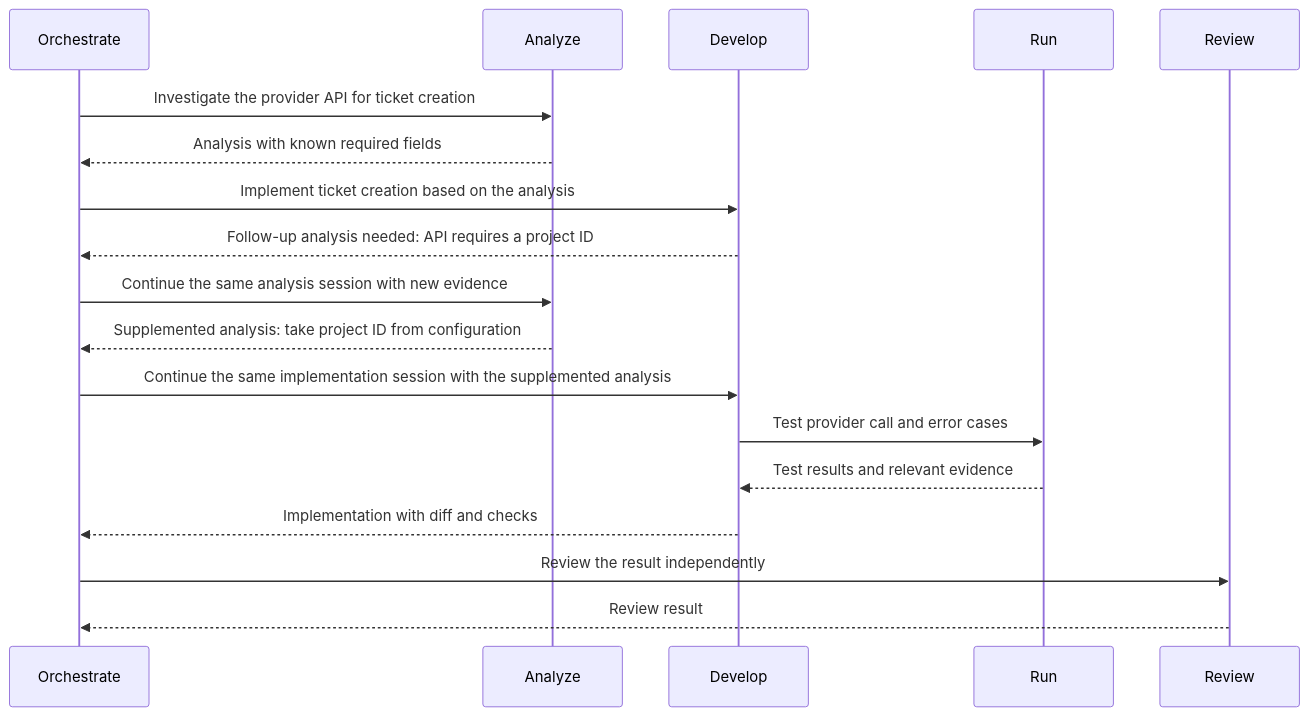
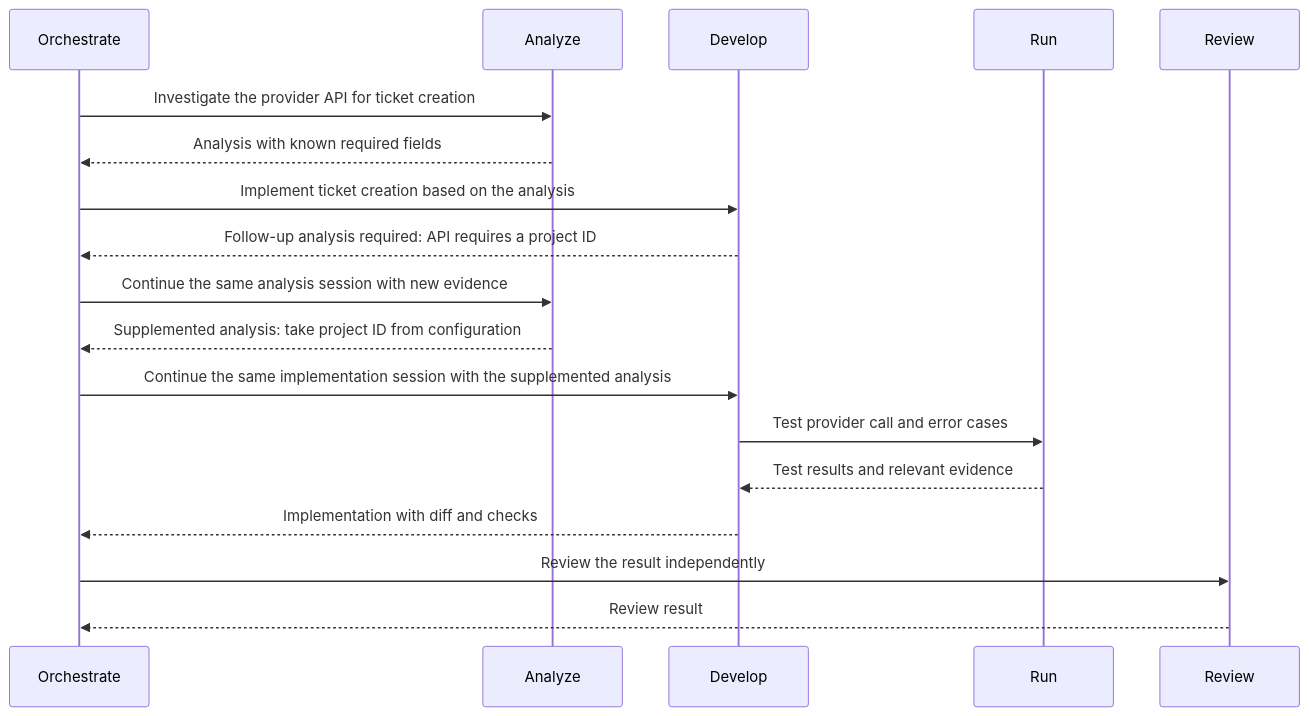
Before and after one commit to DevelopingMedo/atlas: the diagram in README.md, drawn with Mermaid. The commit also changed other lines of this file and 9 other files, not shown here.

````diff
--- a/README.md
+++ b/README.md
@@ -85,21 +86,21 @@
 ```mermaid
 sequenceDiagram
     participant O as Orchestrate
     participant A as Analyze
     participant D as Develop
     participant R as Run
     participant V as Review
 
     O->>A: Investigate the provider API for ticket creation
     A-->>O: Analysis with known required fields
     O->>D: Implement ticket creation based on the analysis
-    D-->>O: Follow-up analysis needed: API requires a project ID
+    D-->>O: Follow-up analysis required: API requires a project ID
     O->>A: Continue the same analysis session with new evidence
     A-->>O: Supplemented analysis: take project ID from configuration
     O->>D: Continue the same implementation session with the supplemented analysis
     D->>R: Test provider call and error cases
     R-->>D: Test results and relevant evidence
     D-->>O: Implementation with diff and checks
     O->>V: Review the result independently
     V-->>O: Review result
 ```
````
